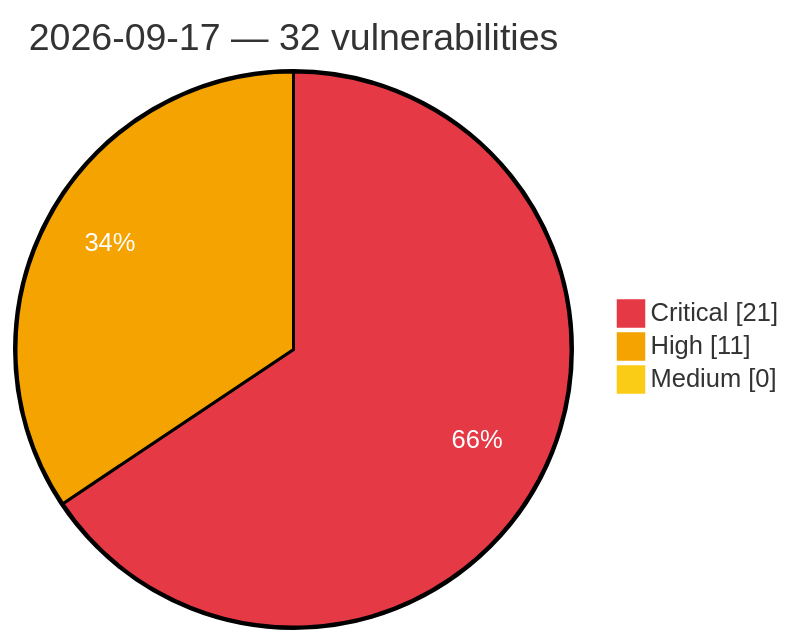
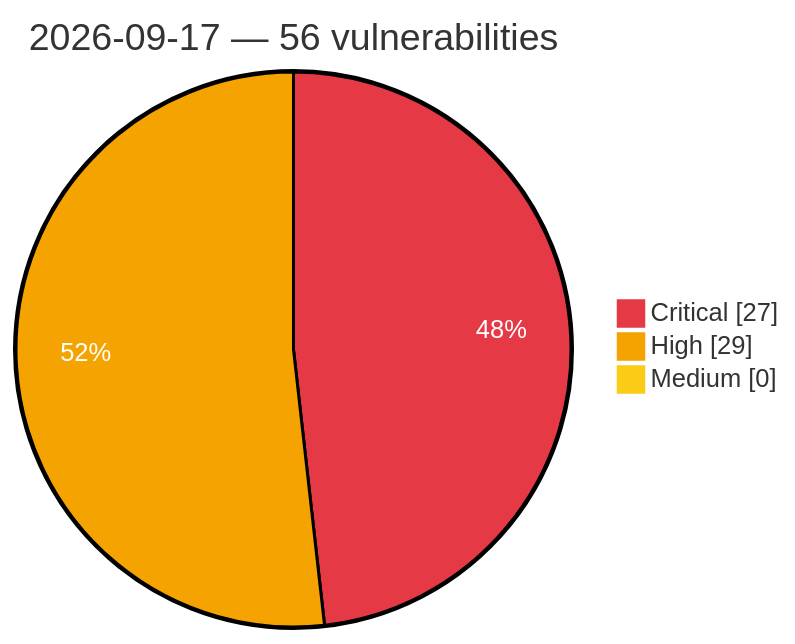
One commit to GhostX0X/vuln-tracker changed the diagram in vulnerabilities/2026/September/2026-09-17.md. Above: the diagram before and after it, drawn with Mermaid. The commit also changed other lines of this file and 5 other files, not shown here.

Commit message:
Auto update: critical/high vulns (2026-09-17 19:03 UTC)

````diff
--- a/vulnerabilities/2026/September/2026-09-17.md
+++ b/vulnerabilities/2026/September/2026-09-17.md
@@ -3,8 +3,8 @@
 ```mermaid
 %%{init: {'theme':'base', 'themeVariables': {'pie1':'#e63946', 'pie2':'#f4a300', 'pie3':'#facc15', 'pieOpacity':'1', 'pieOuterStrokeWidth':'2px', 'pieSectionTextColor':'#ffffff'}}}%%
 pie showData
-    title 2026-09-17 — 32 vulnerabilities
-    "Critical" : 21
-    "High" : 11
+    title 2026-09-17 — 56 vulnerabilities
+    "Critical" : 27
+    "High" : 29
     "Medium" : 0
 ```
````
